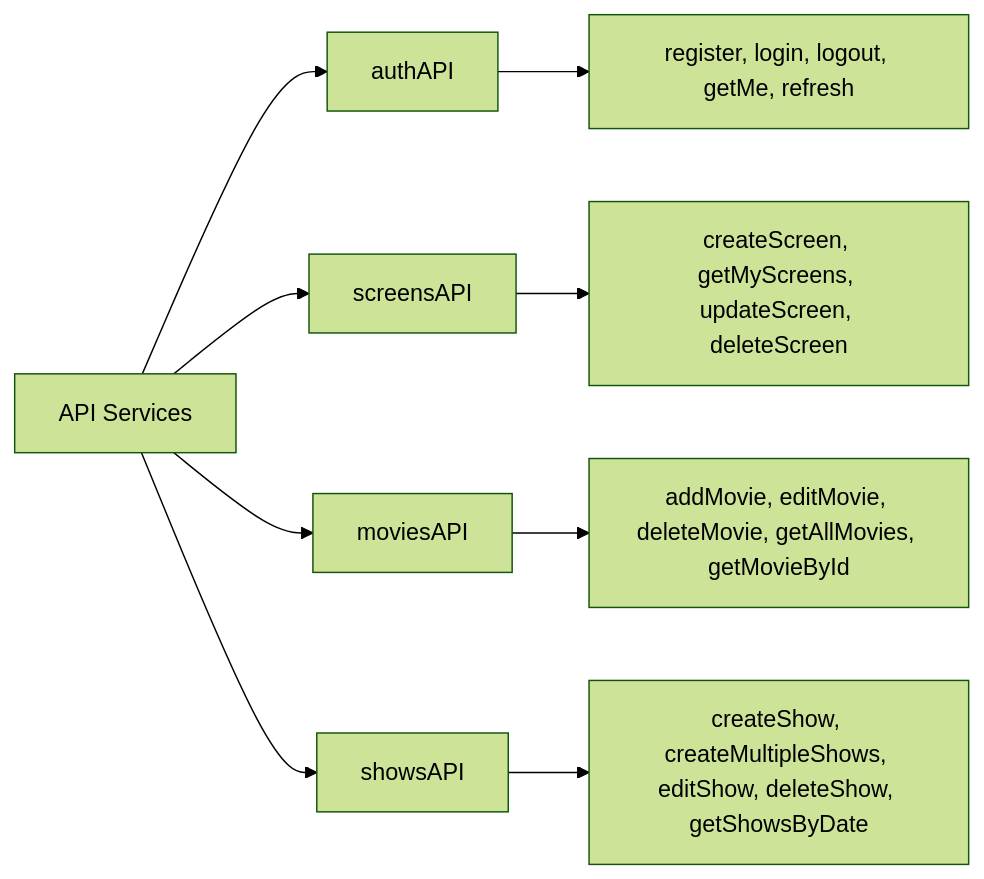
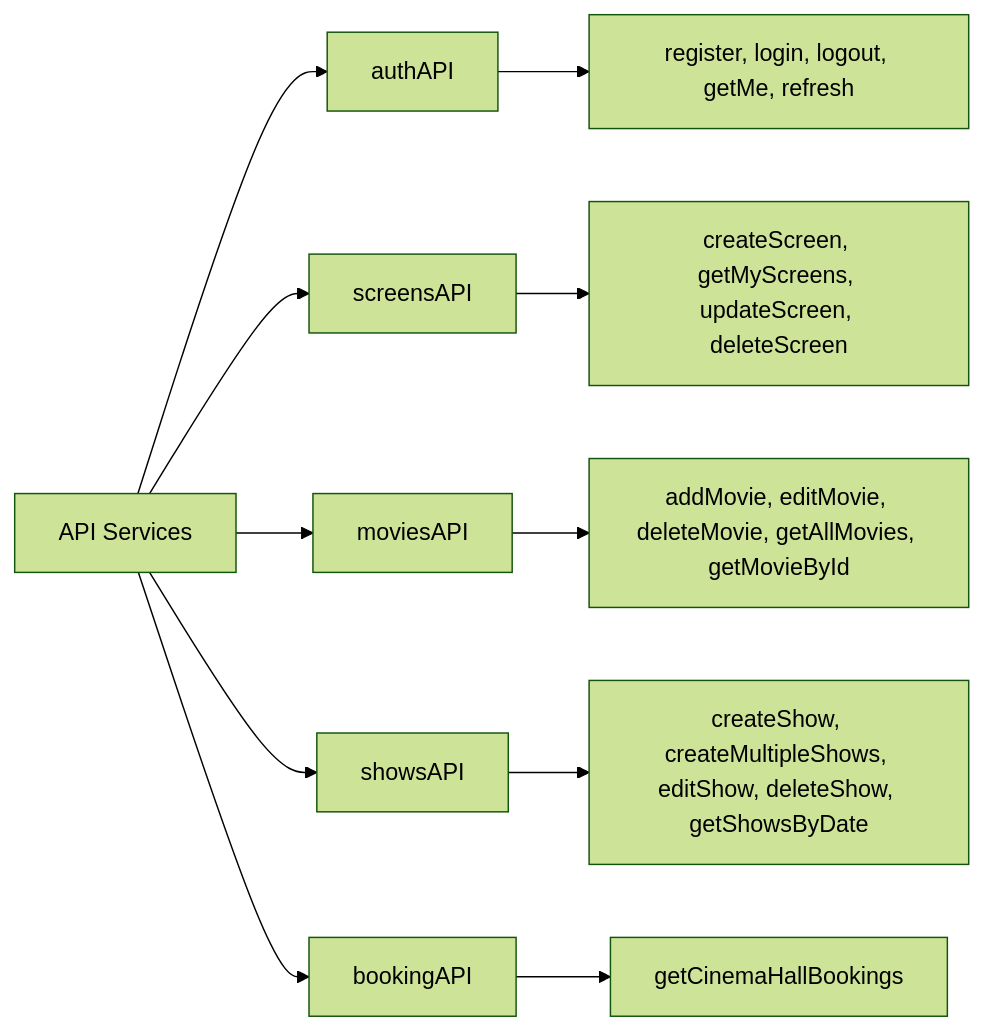
Before and after one commit to hduraimurugan/cinema-app-docs: diagram 12 of 16 in admin.md, drawn with Mermaid (forest theme). The commit also changed other lines of this file and 3 other files, not shown here.

````diff
--- a/admin.md
+++ b/admin.md
@@ -508,12 +516,14 @@
 ```mermaid
 graph LR
     A[API Services] --> B[authAPI]
     A --> C[screensAPI]
     A --> D[moviesAPI]
     A --> E[showsAPI]
+    A --> F[bookingAPI]
 
-    B --> F[register, login, logout, getMe, refresh]
-    C --> G[createScreen, getMyScreens, updateScreen, deleteScreen]
-    D --> H[addMovie, editMovie, deleteMovie, getAllMovies, getMovieById]
-    E --> I[createShow, createMultipleShows, editShow, deleteShow, getShowsByDate]
+    B --> G[register, login, logout, getMe, refresh]
+    C --> H[createScreen, getMyScreens, updateScreen, deleteScreen]
+    D --> I[addMovie, editMovie, deleteMovie, getAllMovies, getMovieById]
+    E --> J[createShow, createMultipleShows, editShow, deleteShow, getShowsByDate]
+    F --> K[getCinemaHallBookings]
 ```
````
